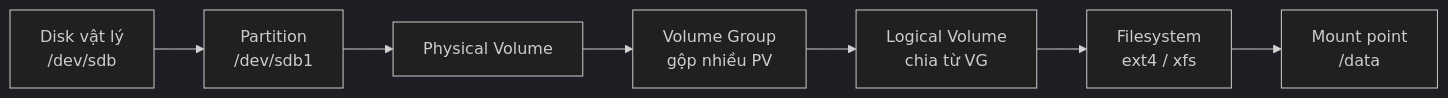
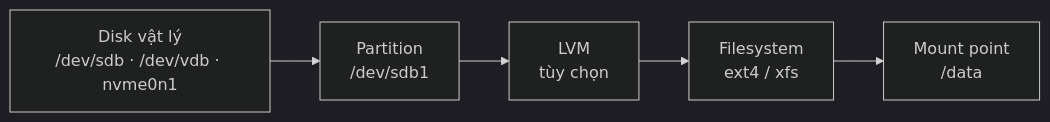
One commit to leluc212/Presentation changed the second of 4 diagrams in slides.md. Above: the diagram before and after it, drawn with Mermaid (dark theme). The commit also changed other lines of this file and 6 other files, not shown here.

````diff
--- a/slides.md
+++ b/slides.md
@@ -306,4 +425,4 @@
-```mermaid {scale: 0.62}
+```mermaid {scale: 0.6}
 flowchart LR
-  D[Disk vật lý<br/>/dev/sdb] --> P[Partition<br/>/dev/sdb1] --> PV[Physical Volume] --> VG[Volume Group<br/>gộp nhiều PV] --> LV[Logical Volume<br/>chia từ VG] --> FS[Filesystem<br/>ext4 / xfs] --> M[Mount point<br/>/data]
+  A[Disk vật lý<br/>/dev/sdb · /dev/vdb · nvme0n1] --> B[Partition<br/>/dev/sdb1] --> C[LVM<br/>tùy chọn] --> D[Filesystem<br/>ext4 / xfs] --> E[Mount point<br/>/data]
 ```
````
